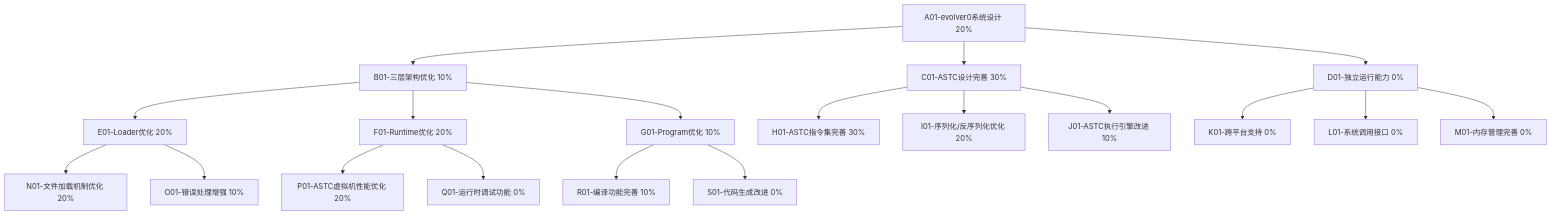
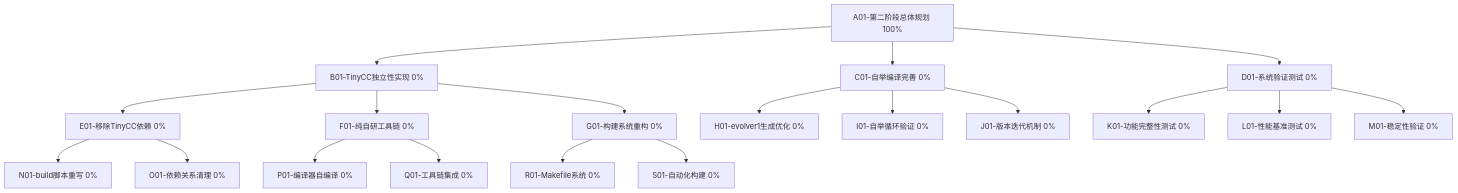
Before and after one commit to wanjochan/self-evolve-ai: the first of 2 diagrams in docs/plan.md, drawn with Mermaid. The commit also changed other lines of this file and 31 other files, not shown here.

````diff
--- a/docs/plan.md
+++ b/docs/plan.md
@@ -25,27 +83,27 @@
 ```mermaid
 graph TD
-    A[A01-evolver0系统设计 20%] --> B[B01-三层架构优化 10%]
-    A --> C[C01-ASTC设计完善 30%]
-    A --> D[D01-独立运行能力 0%]
+    A[A01-第二阶段总体规划 100%] --> B[B01-TinyCC独立性实现 0%]
+    A --> C[C01-自举编译完善 0%]
+    A --> D[D01-系统验证测试 0%]
 
-    B --> E[E01-Loader优化 20%]
-    B --> F[F01-Runtime优化 20%]
-    B --> G[G01-Program优化 10%]
+    B --> E[E01-移除TinyCC依赖 0%]
+    B --> F[F01-纯自研工具链 0%]
+    B --> G[G01-构建系统重构 0%]
 
-    C --> H[H01-ASTC指令集完善 30%]
-    C --> I[I01-序列化/反序列化优化 20%]
-    C --> J[J01-ASTC执行引擎改进 10%]
+    C --> H[H01-evolver1生成优化 0%]
+    C --> I[I01-自举循环验证 0%]
+    C --> J[J01-版本迭代机制 0%]
 
-    D --> K[K01-跨平台支持 0%]
-    D --> L[L01-系统调用接口 0%]
-    D --> M[M01-内存管理完善 0%]
+    D --> K[K01-功能完整性测试 0%]
+    D --> L[L01-性能基准测试 0%]
+    D --> M[M01-稳定性验证 0%]
 
-    E --> N[N01-文件加载机制优化 20%]
-    E --> O[O01-错误处理增强 10%]
+    E --> N[N01-build脚本重写 0%]
+    E --> O[O01-依赖关系清理 0%]
 
-    F --> P[P01-ASTC虚拟机性能优化 20%]
-    F --> Q[Q01-运行时调试功能 0%]
+    F --> P[P01-编译器自编译 0%]
+    F --> Q[Q01-工具链集成 0%]
 
-    G --> R[R01-编译功能完善 10%]
-    G --> S[S01-代码生成改进 0%]
+    G --> R[R01-Makefile系统 0%]
+    G --> S[S01-自动化构建 0%]
 ```
````
